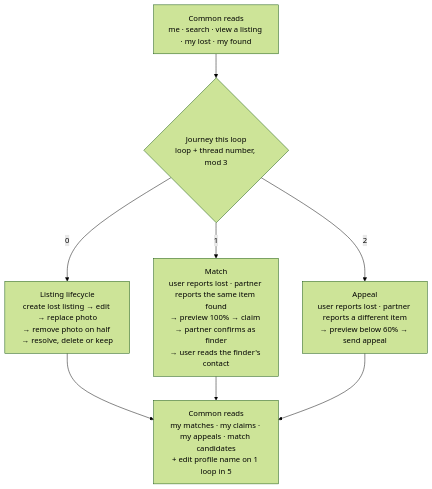
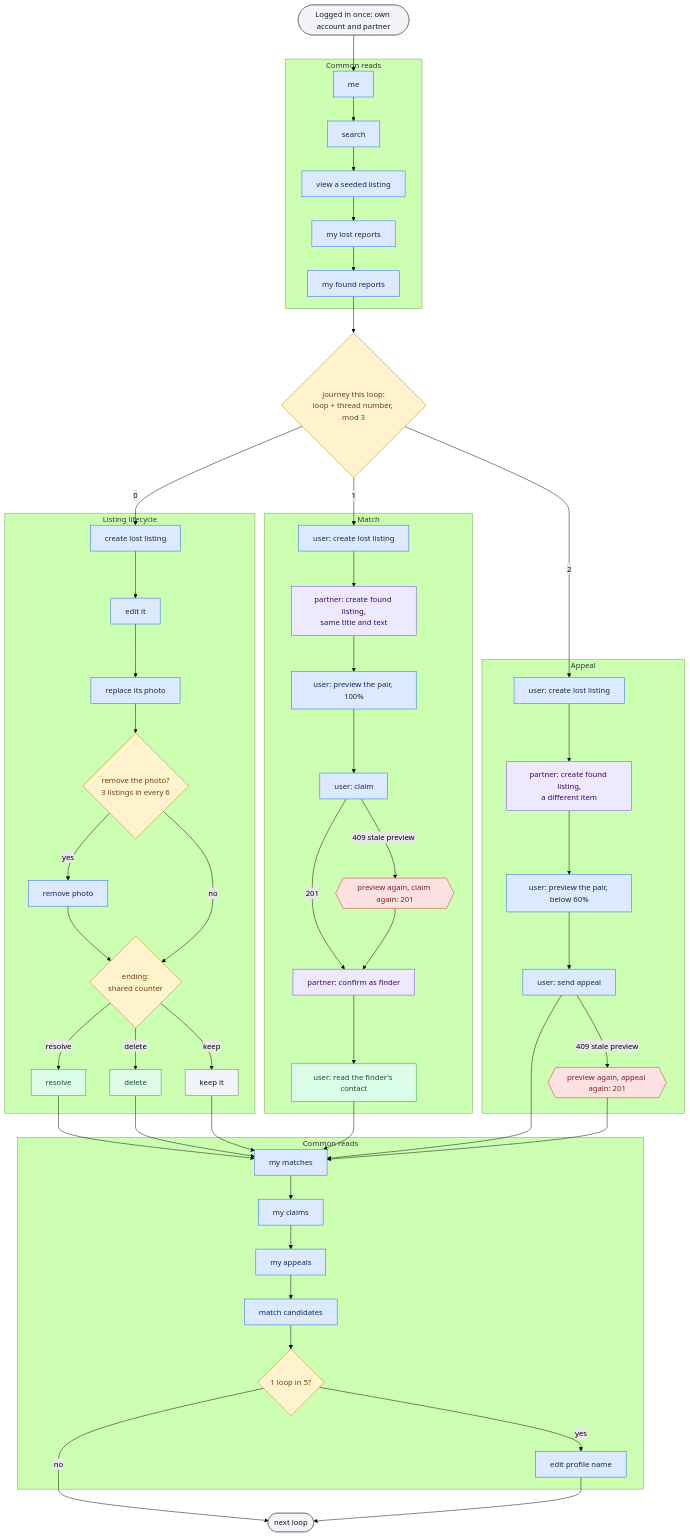
Before and after one commit to IT24103447/LostandFoundApp: the second of 5 diagrams in testing-pipeline/load-testing/README.md, drawn with Mermaid (forest theme). The commit also changed other lines of this file, not shown here.

Commit message:
Rewrite the load-testing README for the extended plan: design rationale, output and report guide, diagrams

````diff
--- a/testing-pipeline/load-testing/README.md
+++ b/testing-pipeline/load-testing/README.md
@@ -63,10 +71,49 @@
 ```mermaid
 flowchart TD
-    A[Common reads<br/>me · search · view a listing · my lost · my found] --> B{Journey this loop<br/>loop + thread number, mod 3}
-    B -->|0| L[Listing lifecycle<br/>create lost listing → edit → replace photo<br/>→ remove photo on half → resolve, delete or keep]
-    B -->|1| M[Match<br/>user reports lost · partner reports the same item found<br/>→ preview 100% → claim → partner confirms as finder<br/>→ user reads the finder's contact]
-    B -->|2| P[Appeal<br/>user reports lost · partner reports a different item<br/>→ preview below 60% → send appeal]
-    L --> C[Common reads<br/>my matches · my claims · my appeals · match candidates<br/>+ edit profile name on 1 loop in 5]
-    M --> C
-    P --> C
+    IN([Logged in once: own account and partner]) --> C1
+    subgraph COMMON1 [Common reads]
+        C1[me] --> C2[search] --> C3[view a seeded listing] --> C4[my lost reports] --> C5[my found reports]
+    end
+    C5 --> J{journey this loop:<br/>loop + thread number, mod 3}
+    J -->|0| L1
+    J -->|1| M1
+    J -->|2| A1
+    subgraph LIFE [Listing lifecycle]
+        L1[create lost listing] --> L2[edit it] --> L3[replace its photo] --> L4{remove the photo?<br/>3 listings in every 6}
+        L4 -->|yes| L5[remove photo] --> L6
+        L4 -->|no| L6{ending:<br/>shared counter}
+        L6 -->|resolve| L7[resolve]
+        L6 -->|delete| L8[delete]
+        L6 -->|keep| L9[keep it]
+    end
+    subgraph MATCH [Match]
+        M1[user: create lost listing] --> M2[partner: create found listing,<br/>same title and text] --> M3[user: preview the pair, 100%] --> M4[user: claim]
+        M4 -->|201| M6[partner: confirm as finder]
+        M4 -->|409 stale preview| M5{{preview again, claim again: 201}} --> M6
+        M6 --> M7[user: read the finder's contact]
+    end
+    subgraph APPEAL [Appeal]
+        A1[user: create lost listing] --> A2[partner: create found listing,<br/>a different item] --> A3[user: preview the pair, below 60%] --> A4[user: send appeal]
+        A4 -->|409 stale preview| A5{{preview again, appeal again: 201}}
+    end
+    L7 & L8 & L9 & M7 & A4 & A5 --> E1
+    subgraph COMMON2 [Common reads]
+        E1[my matches] --> E2[my claims] --> E3[my appeals] --> E4[match candidates] --> E5{1 loop in 5?}
+        E5 -->|yes| E6[edit profile name]
+    end
+    E5 -->|no| NX([next loop])
+    E6 --> NX
+    classDef user fill:#dbeafe,stroke:#2563eb,color:#172554
+    classDef partner fill:#ede9fe,stroke:#7c3aed,color:#3b0764
+    classDef admin fill:#ccfbf1,stroke:#0d9488,color:#134e4a
+    classDef decision fill:#fff3cd,stroke:#b58105,color:#713f12
+    classDef retry fill:#fee2e2,stroke:#dc2626,color:#7f1d1d
+    classDef result fill:#dcfce7,stroke:#16a34a,color:#14532d
+    classDef edge fill:#f3f4f6,stroke:#6b7280,color:#111827
+    class IN,NX,L9 edge
+    class C1,C2,C3,C4,C5,E1,E2,E3,E4,E6,L1,L2,L3,L5,M1,M3,M4,A1,A3,A4 user
+    class M2,M6,A2 partner
+    class J,L4,L6,E5 decision
+    class M5,A5 retry
+    class L7,L8,M7 result
 ```
````
